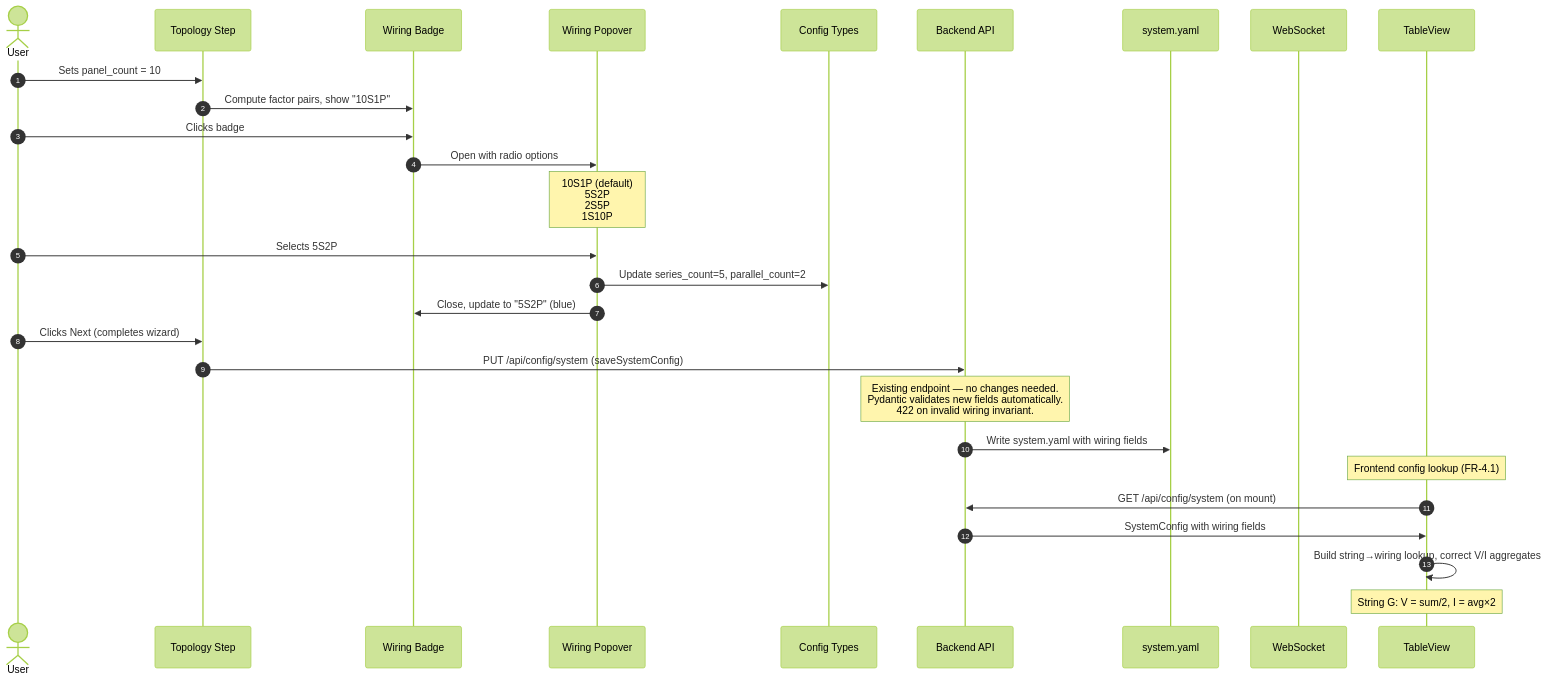
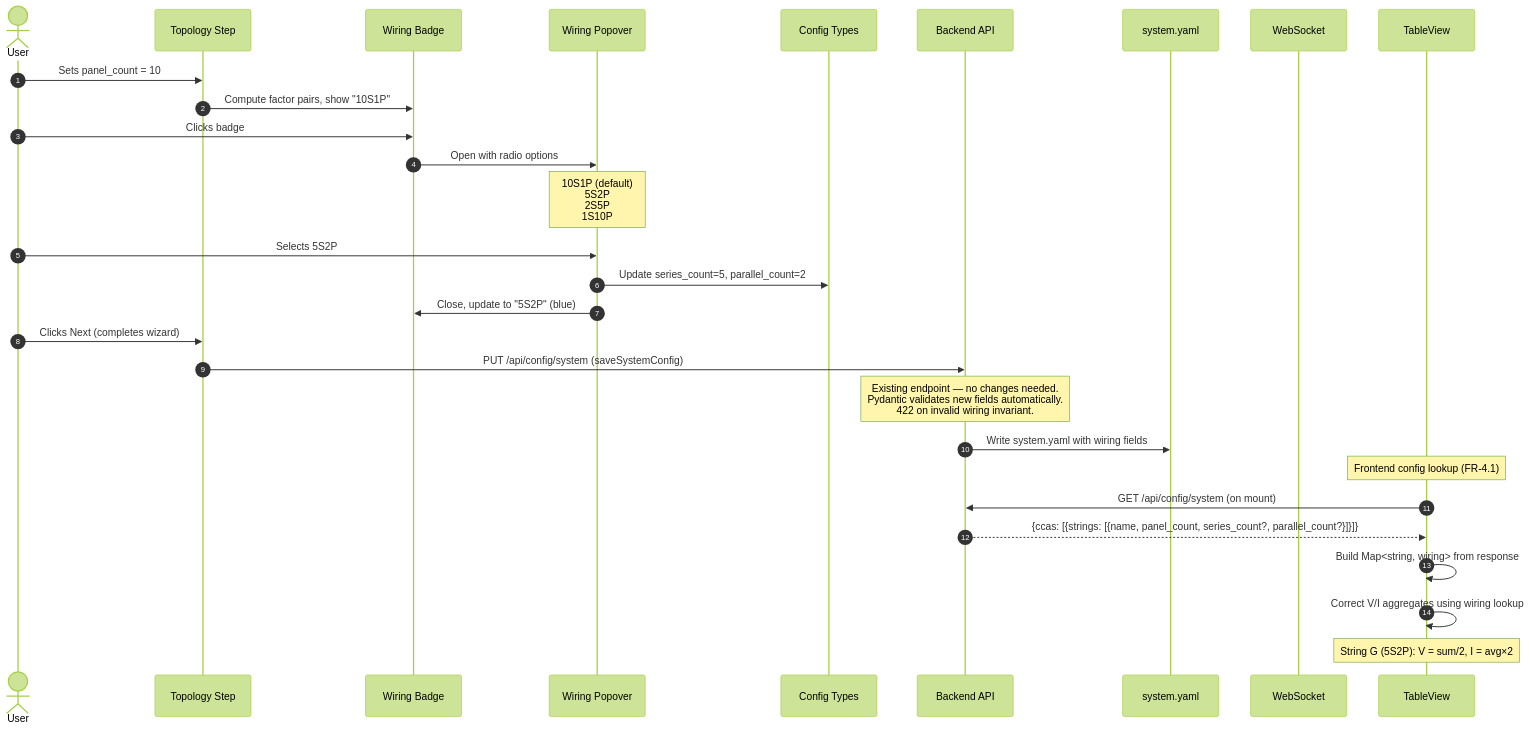
Before and after one commit to iscofield/realtime-tigo-monitor: the diagram in docs/specs/2026-02-12-string-wiring-config.md, drawn with Mermaid (forest theme). The commit also changed other lines of this file, not shown here.

First line of the commit message:
docs: address 25 ContextLoop round-2 review comments on string-wiring-config spec

````diff
--- a/docs/specs/2026-02-12-string-wiring-config.md
+++ b/docs/specs/2026-02-12-string-wiring-config.md
@@ -228,33 +281,34 @@
 ```mermaid
 sequenceDiagram
     autonumber
     actor User
     participant Wizard as Topology Step
     participant Badge as Wiring Badge
     participant Popover as Wiring Popover
     participant Config as Config Types
     participant Backend as Backend API
     participant YAML as system.yaml
     participant WS as WebSocket
     participant Table as TableView
 
     User->>Wizard: Sets panel_count = 10
     Wizard->>Badge: Compute factor pairs, show "10S1P"
     User->>Badge: Clicks badge
     Badge->>Popover: Open with radio options
     Note over Popover: 10S1P (default)<br/>5S2P<br/>2S5P<br/>1S10P
     User->>Popover: Selects 5S2P
     Popover->>Config: Update series_count=5, parallel_count=2
     Popover->>Badge: Close, update to "5S2P" (blue)
 
     User->>Wizard: Clicks Next (completes wizard)
     Wizard->>Backend: PUT /api/config/system (saveSystemConfig)
     Note over Backend: Existing endpoint — no changes needed.<br/>Pydantic validates new fields automatically.<br/>422 on invalid wiring invariant.
     Backend->>YAML: Write system.yaml with wiring fields
 
     Note over Table: Frontend config lookup (FR-4.1)
     Table->>Backend: GET /api/config/system (on mount)
-    Backend->>Table: SystemConfig with wiring fields
-    Table->>Table: Build string→wiring lookup, correct V/I aggregates
-    Note over Table: String G: V = sum/2, I = avg×2
+    Backend-->>Table: {ccas: [{strings: [{name, panel_count, series_count?, parallel_count?}]}]}
+    Table->>Table: Build Map<string, wiring> from response
+    Table->>Table: Correct V/I aggregates using wiring lookup
+    Note over Table: String G (5S2P): V = sum/2, I = avg×2
 ```
````
